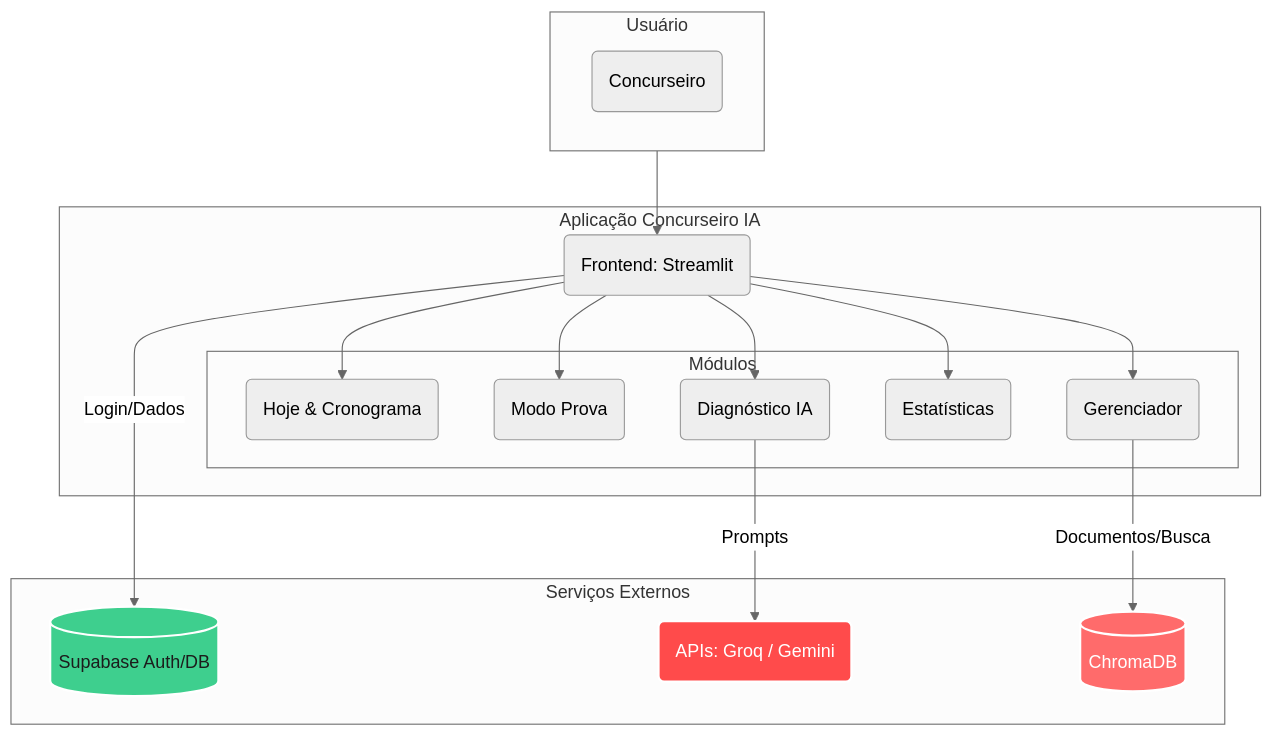
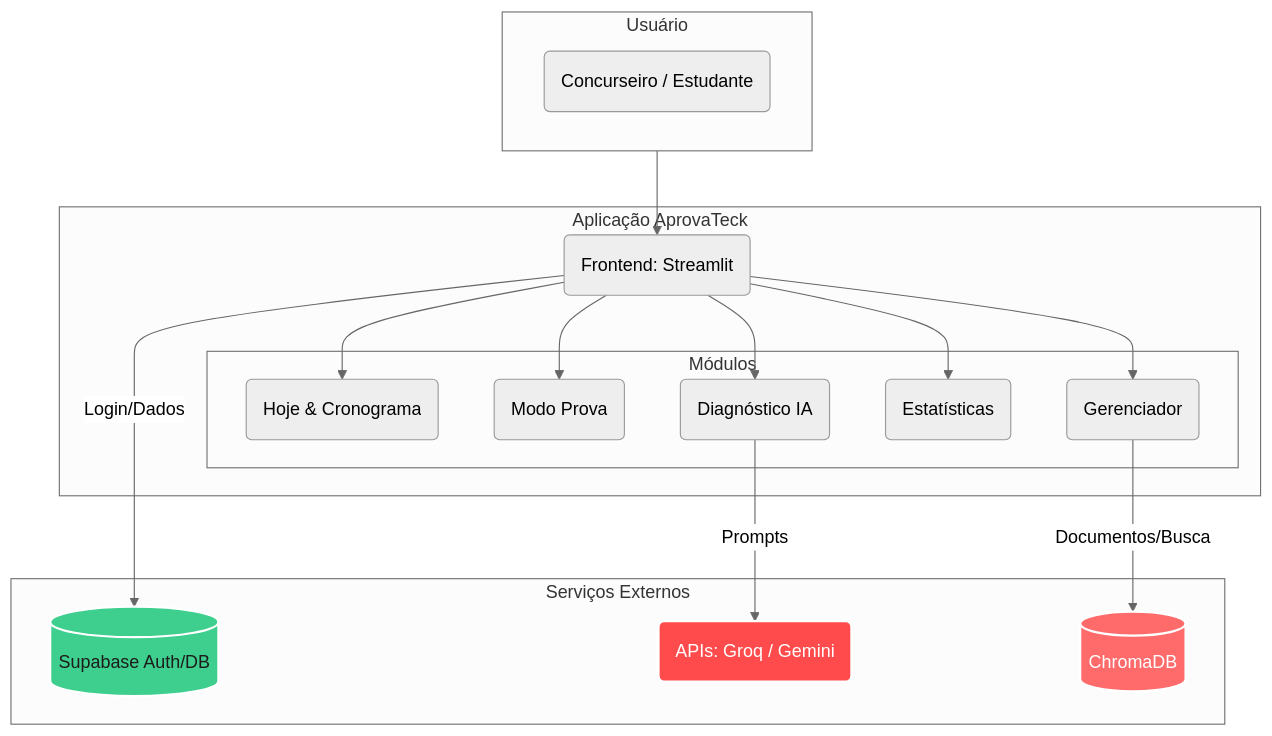
The diagram in README.md (CidQueiroz/concurseiroia), drawn with Mermaid (neutral theme) before and after one commit. The commit also changed other lines of this file and 4 other files, not shown here.

Commit message:
refactor: migracao de marca e padronizacao para AprovaTeck

````diff
--- a/README.md
+++ b/README.md
@@ -28,36 +28,36 @@
 ```mermaid
 graph TD
     subgraph "Usuário"
         direction LR
-        Student(Concurseiro)
+        Student(Concurseiro / Estudante)
     end
 
-    subgraph "Aplicação Concurseiro IA"
+    subgraph "Aplicação AprovaTeck"
         App(Frontend: Streamlit)
         
         subgraph "Módulos"
             Hoje(Hoje & Cronograma)
             Prova(Modo Prova)
             Diag(Diagnóstico IA)
             Stats(Estatísticas)
             Manager(Gerenciador)
         end
     end
 
     subgraph "Serviços Externos"
         Auth[(Supabase Auth/DB)]
         LLM(APIs: Groq / Gemini)
         VectorDB[(ChromaDB)]
     end
 
     Student --> App
     App --> Hoje & Prova & Diag & Stats & Manager
     
     App -- Login/Dados --> Auth
     Diag -- Prompts --> LLM
     Manager -- Documentos/Busca --> VectorDB
 
     style Auth fill:#3ECF8E,stroke:#fff,stroke-width:2px,color:#1c1c1c
     style LLM fill:#FF4B4B,stroke:#fff,stroke-width:2px,color:#fff
     style VectorDB fill:#FF6B6B,stroke:#fff,stroke-width:2px,color:#fff
 ```
````
